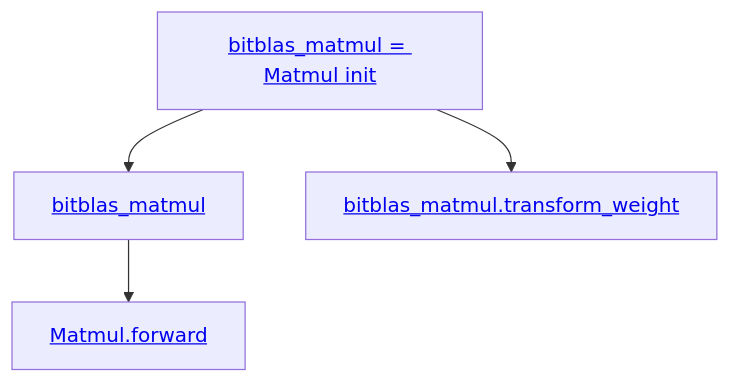
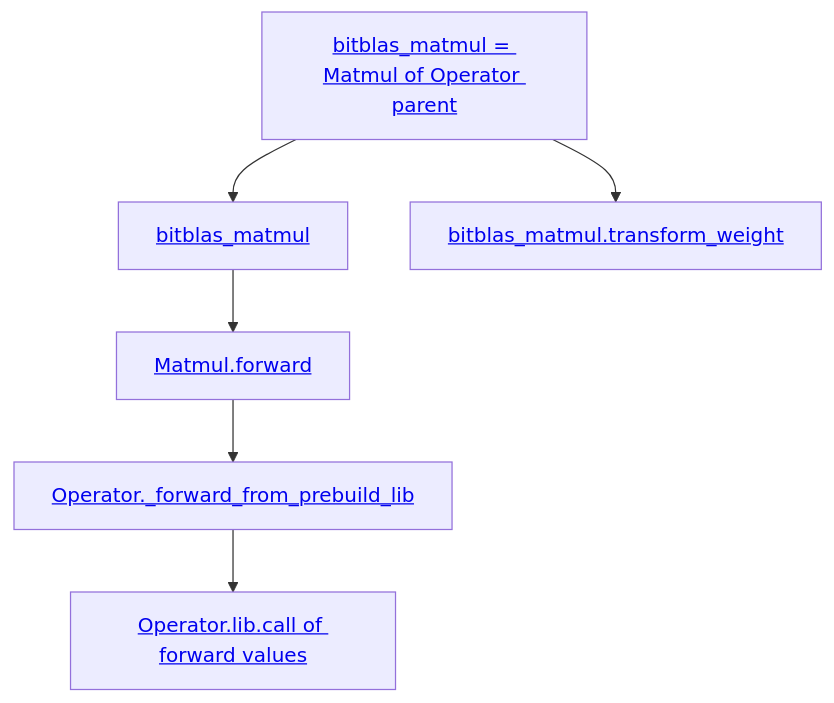
One commit to w32zhong/BitBLAS changed the diagram in README.md. Above: the diagram before and after it, drawn with Mermaid.

````diff
--- a/README.md
+++ b/README.md
@@ -149,11 +149,13 @@
 ```mermaid
 graph TD;
-   bitblas_matmul_init[<a href="https://github.com/w32zhong/BitBLAS/blob/5674b605d07649b2f16810a0fb0b5745ab63203f/integration/BitNet/utils_quant.py#L77">bitblas_matmul = Matmul init</a>]
+   bitblas_matmul_init[<a href="https://github.com/w32zhong/BitBLAS/blob/5674b605d07649b2f16810a0fb0b5745ab63203f/integration/BitNet/utils_quant.py#L77">bitblas_matmul = Matmul of Operator parent</a>]
    bitblas_matmul[<a href="https://github.com/w32zhong/BitBLAS/blob/5674b605d07649b2f16810a0fb0b5745ab63203f/integration/BitNet/utils_quant.py#L144">bitblas_matmul</a>]
    transform_weight[<a href="https://github.com/w32zhong/BitBLAS/blob/5674b605d07649b2f16810a0fb0b5745ab63203f/integration/BitNet/utils_quant.py#L92-L93">bitblas_matmul.transform_weight</a>]
    bitblas_matmul_init --> bitblas_matmul
    bitblas_matmul_init --> transform_weight
 
-   bitblas_matmul_forward[<a href="https://github.com/w32zhong/BitBLAS/blob/main/python/bitblas/ops/general_matmul.py#L482">Matmul.forward</a>]
-   bitblas_matmul --> bitblas_matmul_forward
+   matmul_forward[<a href="https://github.com/w32zhong/BitBLAS/blob/1f3e28e96d83d984ea8195ac1420cc834c035d18/python/bitblas/ops/general_matmul.py#L482">Matmul.forward</a>]
+   _forward_from_prebuild_lib[<a href="https://github.com/w32zhong/BitBLAS/blob/1f3e28e96d83d984ea8195ac1420cc834c035d18/python/bitblas/ops/operator.py#L287">Operator._forward_from_prebuild_lib</a>]
+   operator_libcall[<a href="https://github.com/w32zhong/BitBLAS/blob/1f3e28e96d83d984ea8195ac1420cc834c035d18/python/bitblas/ops/operator.py#L292">Operator.lib.call of forward values</a>]
+   bitblas_matmul --> matmul_forward --> _forward_from_prebuild_lib --> operator_libcall
 ```
````
